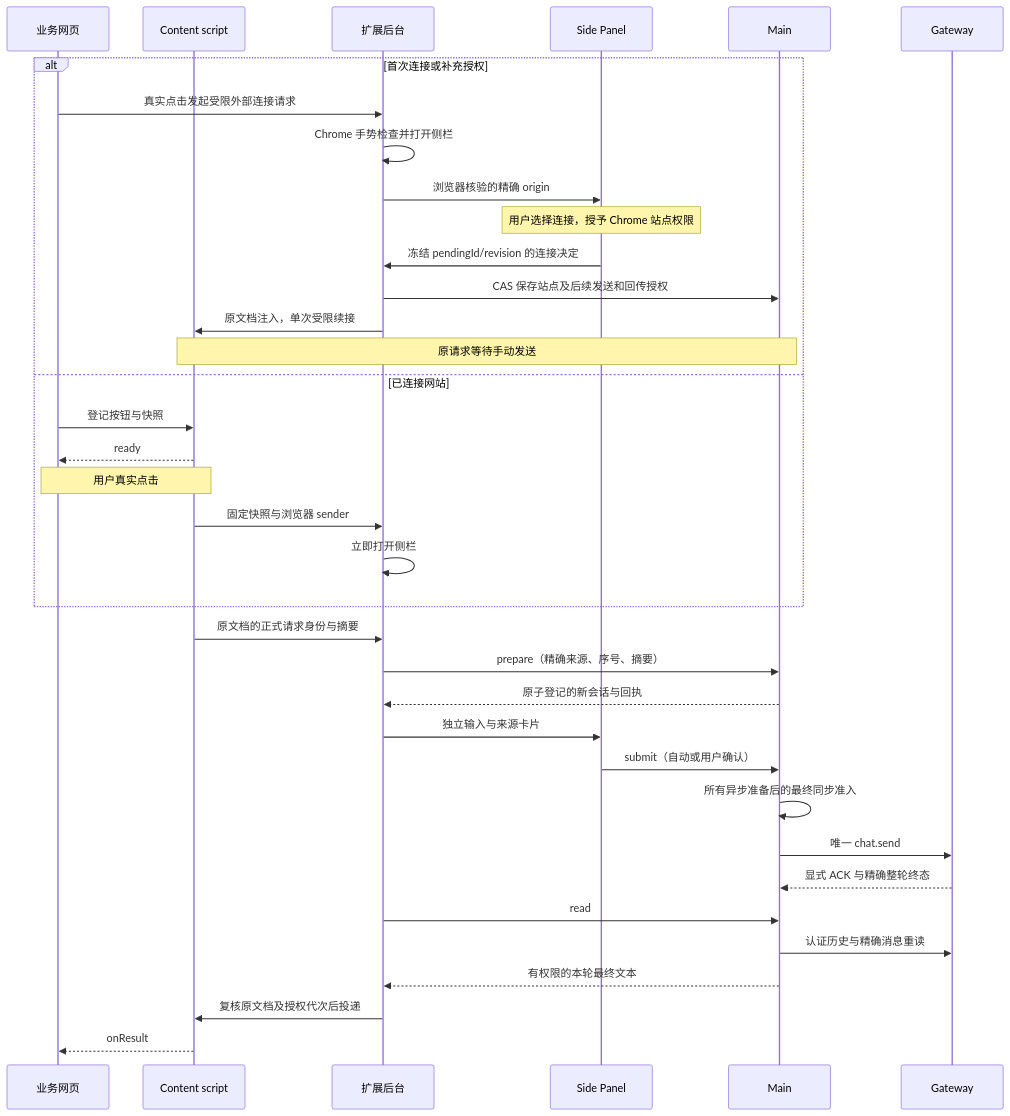
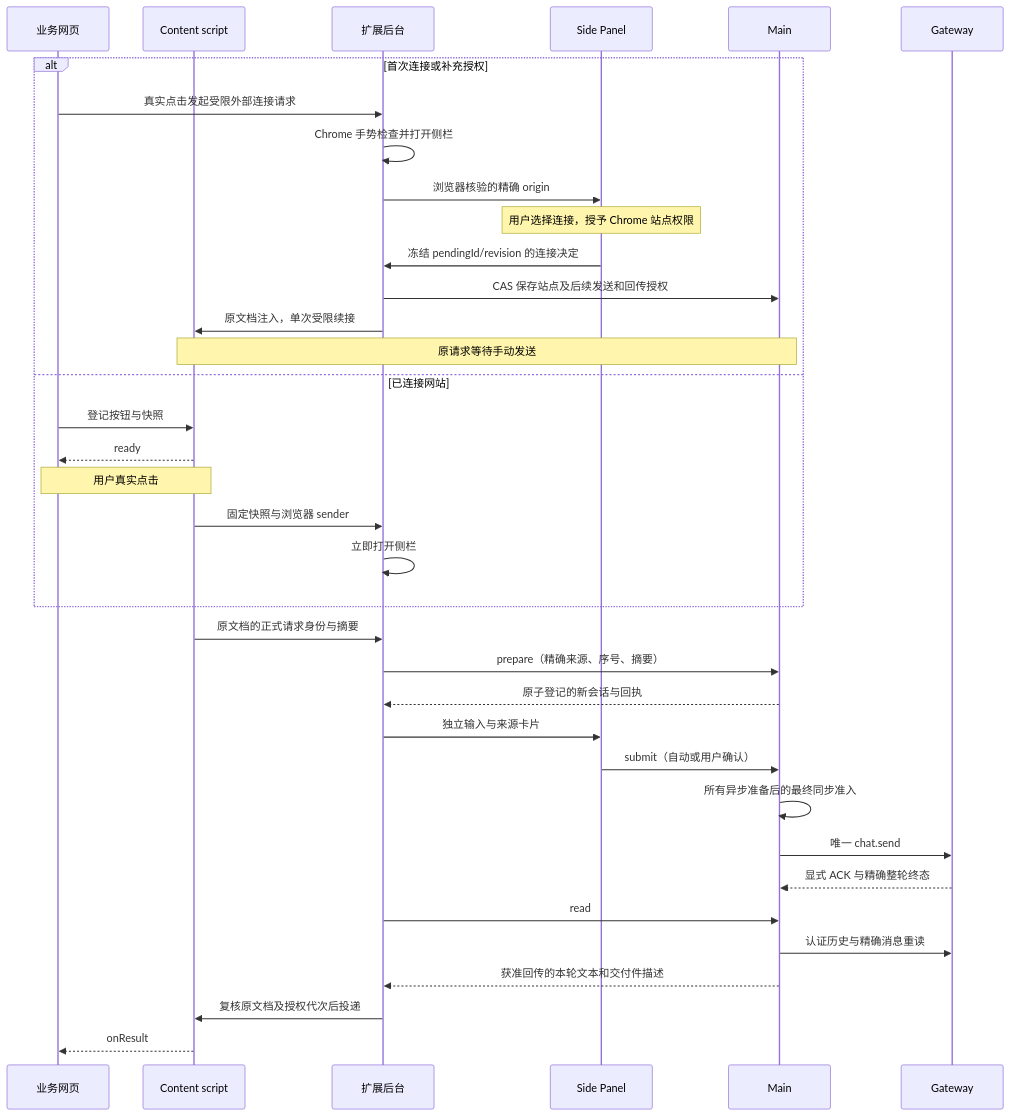
Before and after one commit to liangxhao/JustDo: the diagram in docs/plugins/chrome-extensions/chrome-assistant/website-launch.md, drawn with Mermaid. The commit also changed other lines of this file and 44 other files, not shown here.

````diff
--- a/docs/plugins/chrome-extensions/chrome-assistant/website-launch.md
+++ b/docs/plugins/chrome-extensions/chrome-assistant/website-launch.md
@@ -85,38 +85,38 @@
 ```mermaid
 sequenceDiagram
   participant W as 业务网页
   participant C as Content script
   participant B as 扩展后台
   participant P as Side Panel
   participant M as Main
   participant G as Gateway
   alt 首次连接或补充授权
     W->>B: 真实点击发起受限外部连接请求
     B->>B: Chrome 手势检查并打开侧栏
     B->>P: 浏览器核验的精确 origin
     Note over P: 用户选择连接，授予 Chrome 站点权限
     P->>B: 冻结 pendingId/revision 的连接决定
     B->>M: CAS 保存站点及后续发送和回传授权
     B->>C: 原文档注入，单次受限续接
     Note over C,M: 原请求等待手动发送
   else 已连接网站
     W->>C: 登记按钮与快照
     C-->>W: ready
     Note over W,C: 用户真实点击
     C->>B: 固定快照与浏览器 sender
     B->>B: 立即打开侧栏
   end
   C->>B: 原文档的正式请求身份与摘要
   B->>M: prepare（精确来源、序号、摘要）
   M-->>B: 原子登记的新会话与回执
   B->>P: 独立输入与来源卡片
   P->>M: submit（自动或用户确认）
   M->>M: 所有异步准备后的最终同步准入
   M->>G: 唯一 chat.send
   G-->>M: 显式 ACK 与精确整轮终态
   B->>M: read
   M->>G: 认证历史与精确消息重读
-  M-->>B: 有权限的本轮最终文本
+  M-->>B: 获准回传的本轮文本和交付件描述
   B->>C: 复核原文档及授权代次后投递
   C-->>W: onResult
 ```
````
